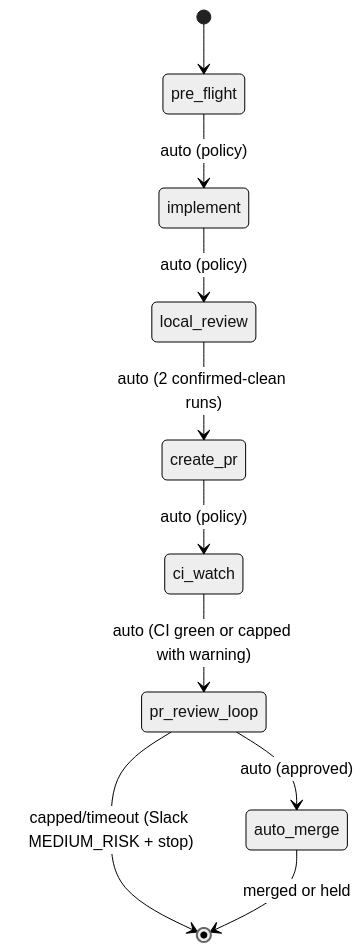
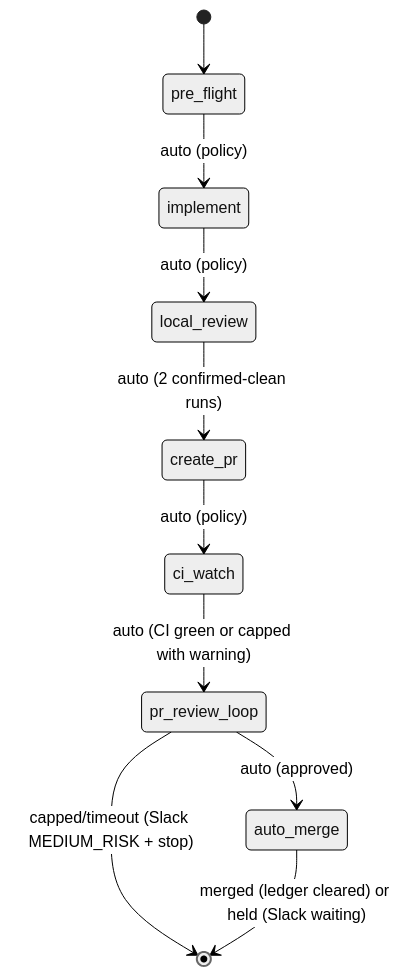
One commit to OmniNode-ai/omniclaude changed the diagram in plugins/onex/skills/ticket-pipeline/SKILL.md. Above: the diagram before and after it, drawn with Mermaid (neutral theme). The commit also changed other lines of this file, not shown here.

First line of the commit message:
feat(ticket-pipeline): add Phase 6 auto_merge and ticket-run ledger [OMN-2529]

````diff
--- a/plugins/onex/skills/ticket-pipeline/SKILL.md
+++ b/plugins/onex/skills/ticket-pipeline/SKILL.md
@@ -50,12 +55,12 @@
 ```mermaid
 stateDiagram-v2
     [*] --> pre_flight
     pre_flight --> implement : auto (policy)
     implement --> local_review : auto (policy)
     local_review --> create_pr : auto (2 confirmed-clean runs)
     create_pr --> ci_watch : auto (policy)
     ci_watch --> pr_review_loop : auto (CI green or capped with warning)
     pr_review_loop --> auto_merge : auto (approved)
     pr_review_loop --> [*] : capped/timeout (Slack MEDIUM_RISK + stop)
-    auto_merge --> [*] : merged or held
+    auto_merge --> [*] : merged (ledger cleared) or held (Slack waiting)
 ```
````
